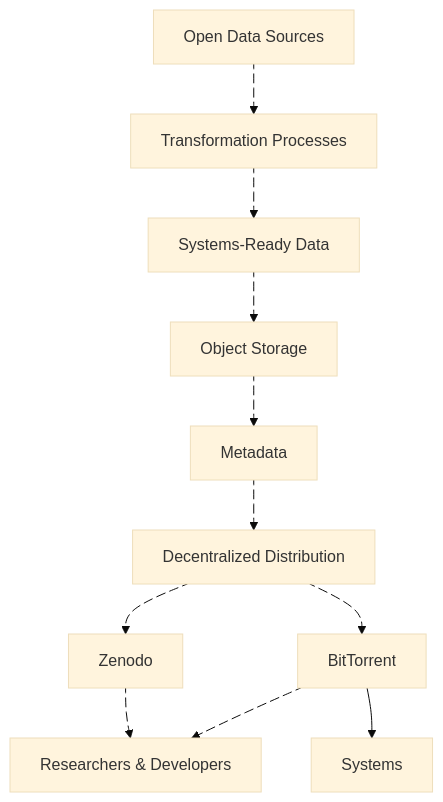
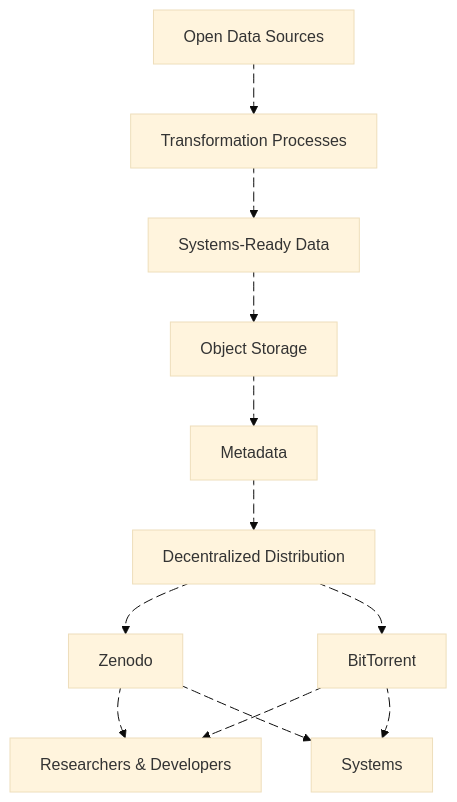
The diagram in content/docs/dissemination/_index.md (dataforcanada/www.dataforcanada.org), drawn with Mermaid (base theme) before and after one commit. The commit also changed other lines of this file, not shown here.

Commit message:
Updated data dissemination strategy page: diagram and some sentences

````diff
--- a/content/docs/dissemination/_index.md
+++ b/content/docs/dissemination/_index.md
@@ -19,39 +19,43 @@
 ```mermaid
 
 flowchart TD
     Sources[Open Data Sources]
     Processes[Transformation Processes]
     Artifacts[Systems-Ready Data]
     Portal[Object Storage]
     Metadata[Metadata]
     Distribution[Decentralized Distribution]
     Zenodo[Zenodo]
     Torrent[BitTorrent]
     Users[Researchers & Developers]
     Systems[Systems]
 
     Sources a1@--> Processes
     a1@{animate: true, animation: slow}
     Processes a2@--> Artifacts
     a2@{animate: true, animation: slow}
     Artifacts a3@--> Portal
     a3@{animate: true, animation: slow}
     Portal a4@--> Metadata
     a4@{animate: true, animation: fast}
     Metadata a5@--> Distribution
     a5@{animate: true, animation: fast}
 
     Distribution a6@--> Zenodo
     a6@{animate: true, animation: slow}
     Distribution a7@--> Torrent
     a7@{animate: true, animation: slow}
 
     Zenodo a9@--> Users
     a9@{animate: true, animation: slow}
     Torrent a10@--> Users
     a10@{animate: true, animation: fast}
     Torrent a11@--> Systems
-    a10@{animate: true, animation: fast}
+    a11@{animate: true, animation: fast}
+    Zenodo a12@--> Systems
+    a12@{animate: true, animation: slow}
 
-    click Zenodo "https://zenodo.org/communities/dataforcanada" _blank
+    click Portal "https://data-01.dataforcanada.org/processed/" _blank
+    click Metadata "https://stac-utils.github.io/stac-geoparquet/latest/spec/stac-geoparquet-spec/" _blank
+    click Zenodo "https://zenodo.org/communities/dataforcanada/" _blank
 ```
````
